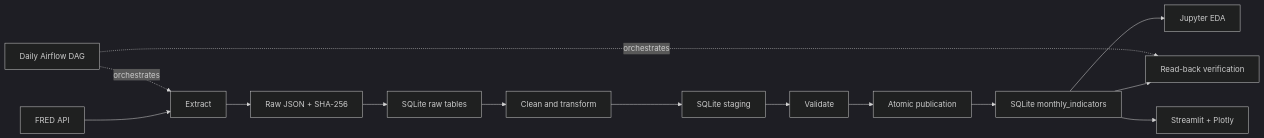
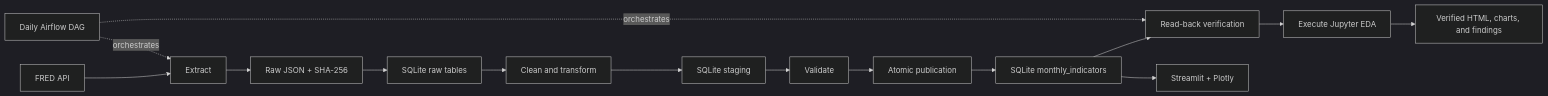
Before and after one commit to xingsun19/us-macroeconomic-pipeline-dashboard: the diagram in README.md, drawn with Mermaid (dark theme). The commit also changed other lines of this file and 27 other files, not shown here.

````diff
--- a/README.md
+++ b/README.md
@@ -41,16 +41,17 @@
 ```mermaid
 flowchart LR
     F[FRED API] --> E[Extract]
     E --> J[Raw JSON + SHA-256]
     J --> R[SQLite raw tables]
     R --> C[Clean and transform]
     C --> S[SQLite staging]
     S --> V[Validate]
     V --> P[Atomic publication]
     P --> M[SQLite monthly_indicators]
     M --> Q[Read-back verification]
-    M --> N[Jupyter EDA]
+    Q --> N[Execute Jupyter EDA]
+    N --> H[Verified HTML, charts, and findings]
     M --> D[Streamlit + Plotly]
     A[Daily Airflow DAG] -. orchestrates .-> E
     A -. orchestrates .-> Q
 ```
````
